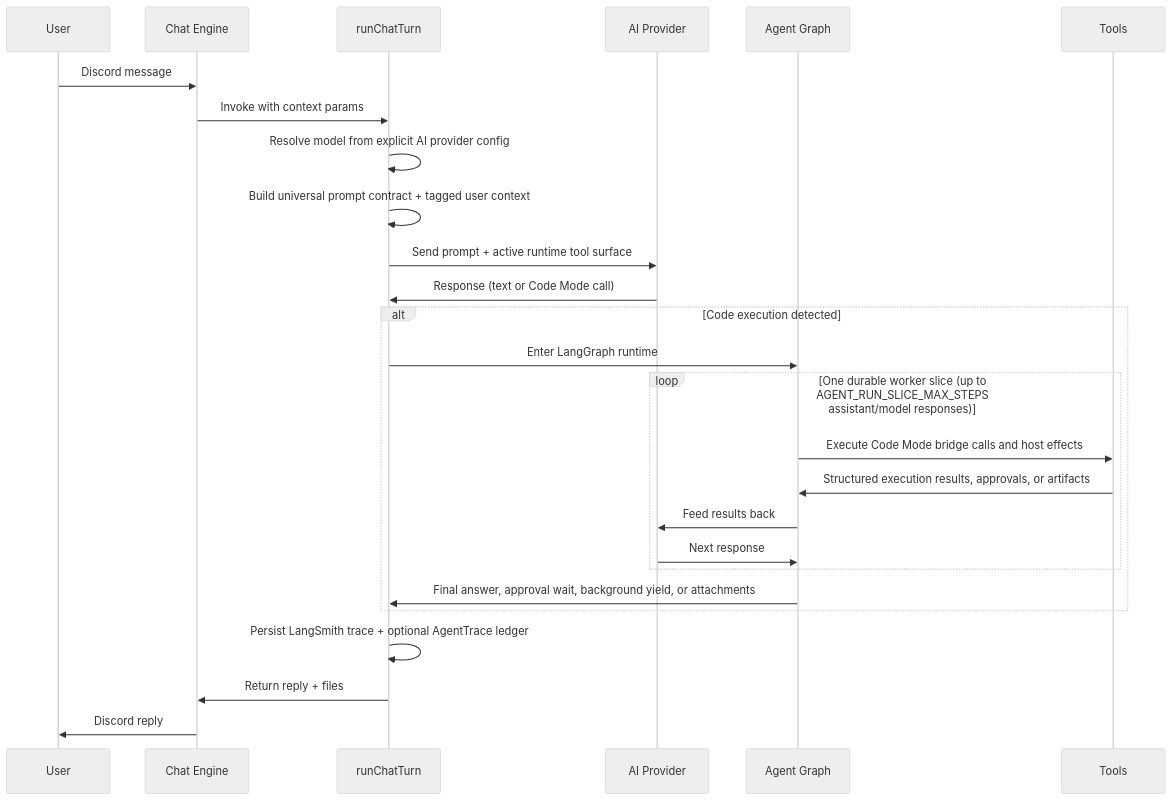
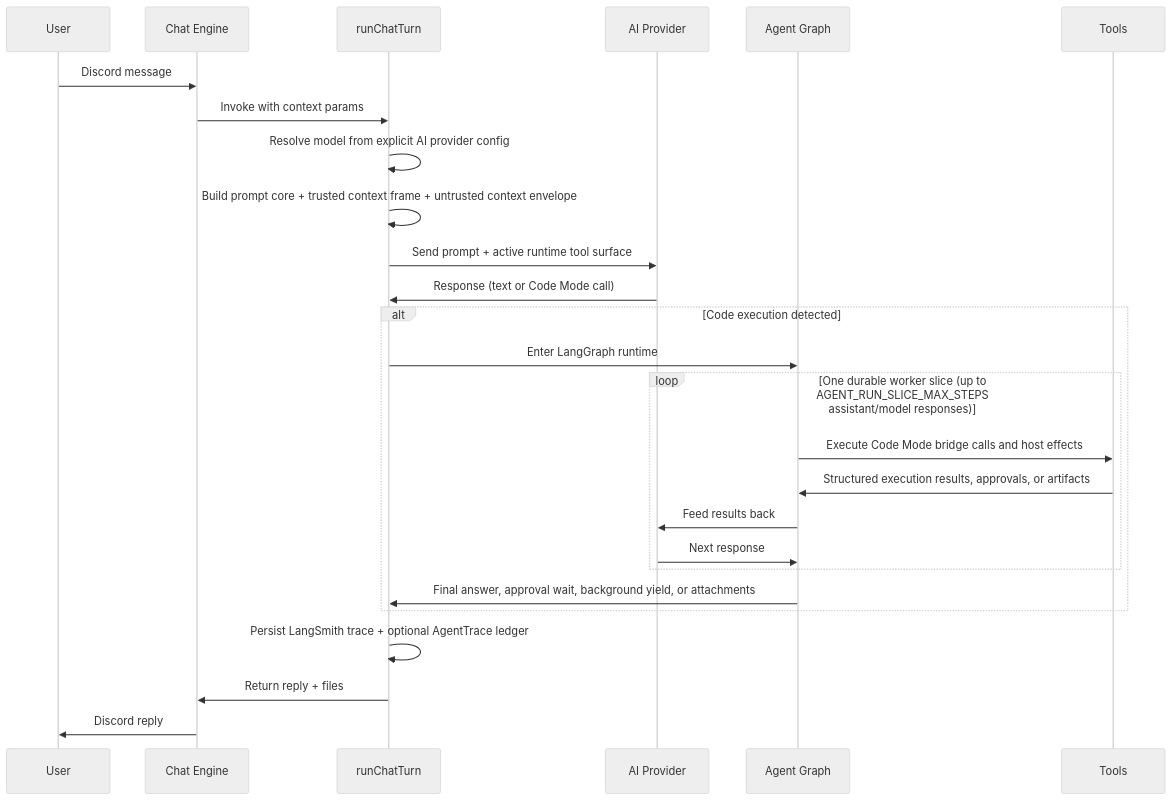
The second of 2 diagrams in docs/architecture/OVERVIEW.md (BokX1/Sage), drawn with Mermaid (neutral theme) before and after one commit. The commit also changed other lines of this file and 16 other files, not shown here.

Commit message:
feat: hard-cut Sage prompt architecture

````diff
--- a/docs/architecture/OVERVIEW.md
+++ b/docs/architecture/OVERVIEW.md
@@ -96,31 +96,31 @@
 ```mermaid
 sequenceDiagram
     participant U as User
     participant CE as Chat Engine
     participant RT as runChatTurn
     participant LLM as AI Provider
     participant AG as Agent Graph
     participant T as Tools
 
     U->>CE: Discord message
     CE->>RT: Invoke with context params
     RT->>RT: Resolve model from explicit AI provider config
-    RT->>RT: Build universal prompt contract + tagged user context
+    RT->>RT: Build prompt core + trusted context frame + untrusted context envelope
     RT->>LLM: Send prompt + active runtime tool surface
     LLM->>RT: Response (text or Code Mode call)
 
     alt Code execution detected
         RT->>AG: Enter LangGraph runtime
         loop One durable worker slice (up to AGENT_RUN_SLICE_MAX_STEPS assistant/model responses)
             AG->>T: Execute Code Mode bridge calls and host effects
             T->>AG: Structured execution results, approvals, or artifacts
             AG->>LLM: Feed results back
             LLM->>AG: Next response
         end
         AG->>RT: Final answer, approval wait, background yield, or attachments
     end
 
     RT->>RT: Persist LangSmith trace + optional AgentTrace ledger
     RT->>CE: Return reply + files
     CE->>U: Discord reply
 ```
````
